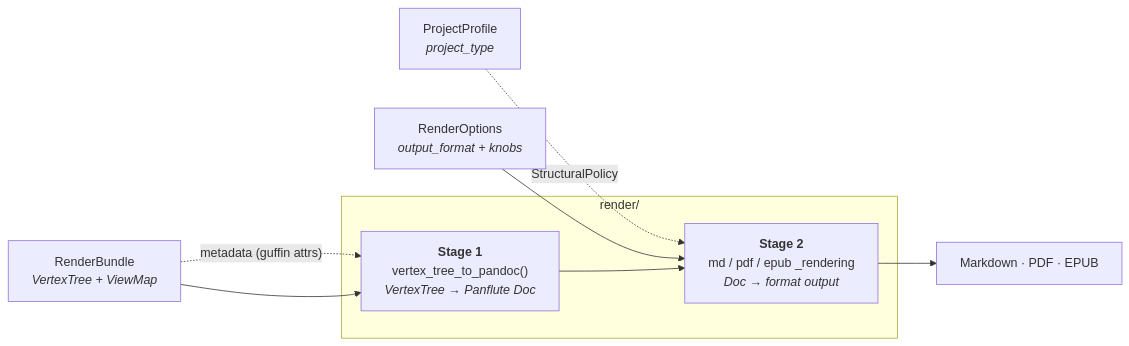
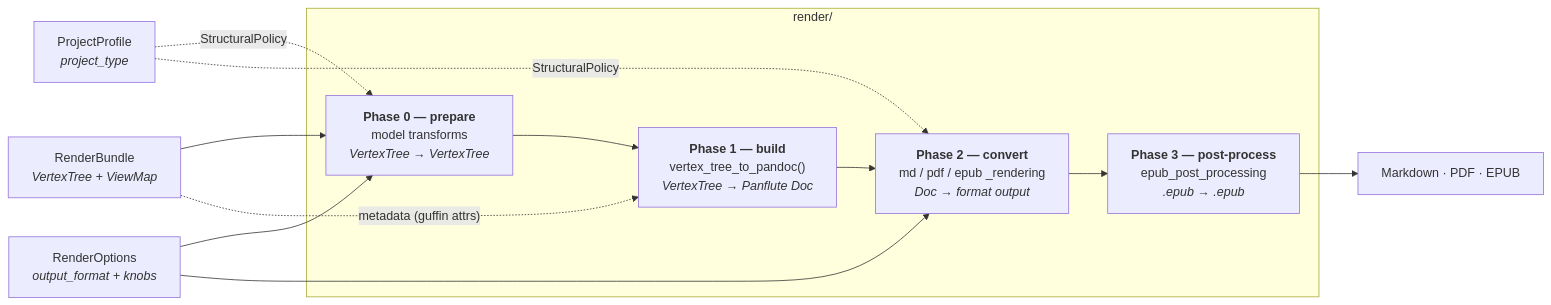
One commit to jpanico/guffin changed the diagram in docs/render-pipeline.md. Above: the diagram before and after it, drawn with Mermaid. The commit also changed other lines of this file and 2 other files, not shown here.

First line of the commit message:
Refresh docs: three-format overview and the four-phase render pipeline

````diff
--- a/docs/render-pipeline.md
+++ b/docs/render-pipeline.md
@@ -27,18 +29,24 @@
 ```mermaid
 flowchart LR
     VB["RenderBundle<br/><i>VertexTree + ViewMap</i>"]
     PP["ProjectProfile<br/><i>project_type</i>"]
     RO["RenderOptions<br/><i>output_format + knobs</i>"]
 
     subgraph render["render/"]
-      S1["<b>Stage 1</b><br/>vertex_tree_to_pandoc()<br/><i>VertexTree → Panflute Doc</i>"]
-      S2["<b>Stage 2</b><br/>md / pdf / epub _rendering<br/><i>Doc → format output</i>"]
+      P0["<b>Phase 0 — prepare</b><br/>model transforms<br/><i>VertexTree → VertexTree</i>"]
+      P1["<b>Phase 1 — build</b><br/>vertex_tree_to_pandoc()<br/><i>VertexTree → Panflute Doc</i>"]
+      P2["<b>Phase 2 — convert</b><br/>md / pdf / epub _rendering<br/><i>Doc → format output</i>"]
+      P3["<b>Phase 3 — post-process</b><br/>epub_post_processing<br/><i>.epub → .epub</i>"]
     end
 
-    VB -. "metadata (guffin attrs)" .-> S1
-    VB --> S1
-    PP -. "StructuralPolicy" .-> S2
-    RO --> S2
-    S1 --> S2
-    S2 --> OUT["Markdown · PDF · EPUB"]
+    VB --> P0
+    VB -. "metadata (guffin attrs)" .-> P1
+    PP -. "StructuralPolicy" .-> P0
+    PP -. "StructuralPolicy" .-> P2
+    RO --> P0
+    RO --> P2
+    P0 --> P1
+    P1 --> P2
+    P2 --> P3
+    P3 --> OUT["Markdown · PDF · EPUB"]
 ```
````
